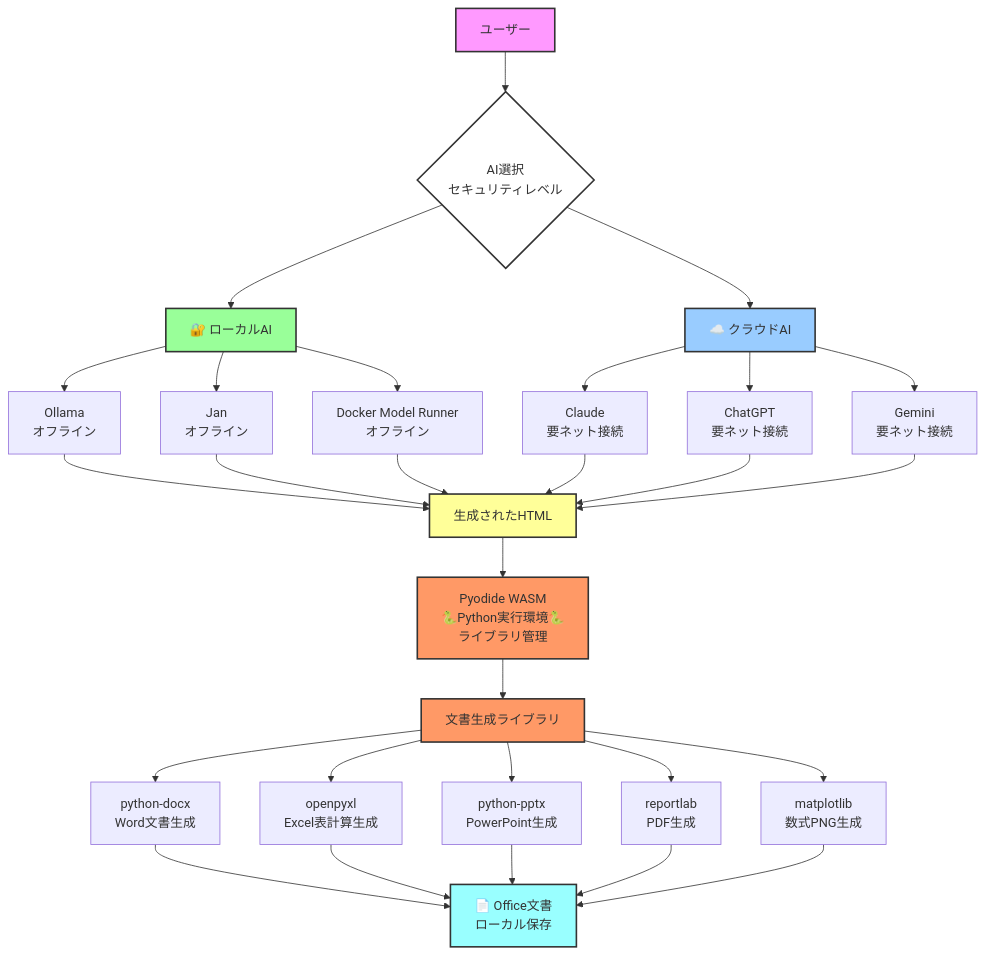
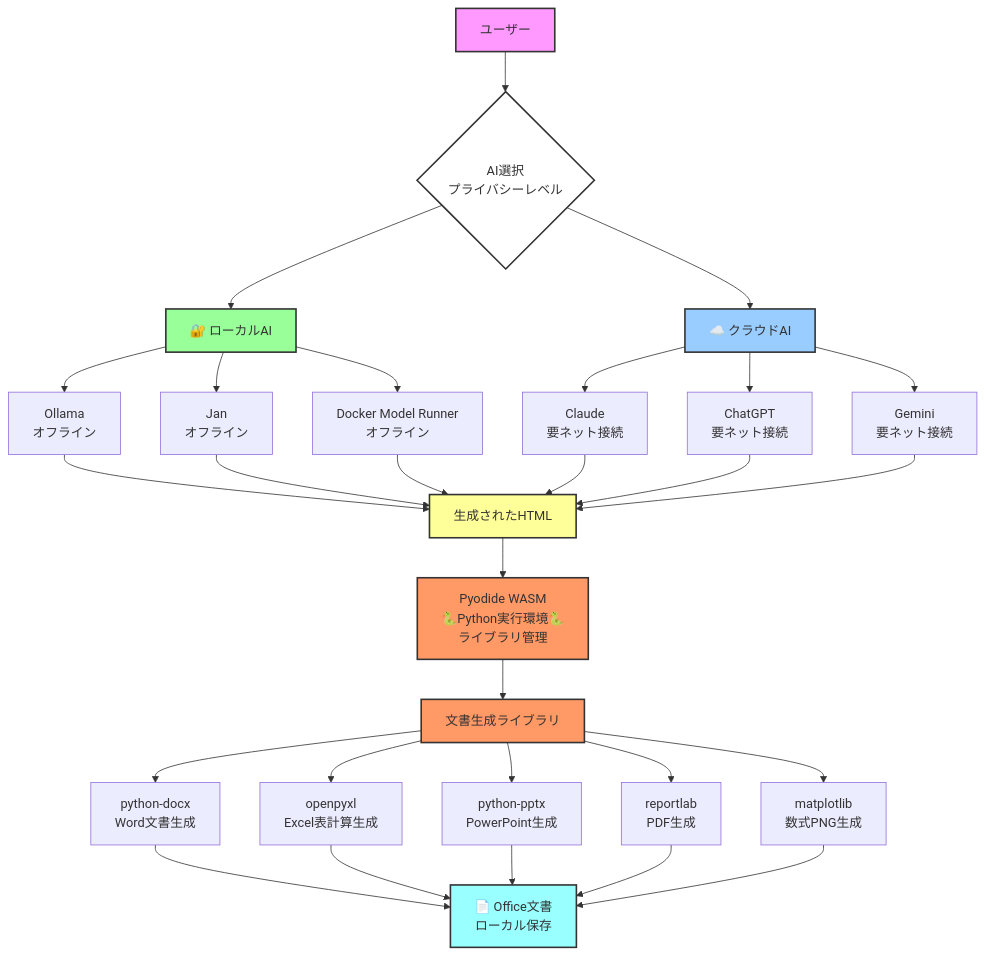
The second of 2 diagrams in README.md (HarmoniaEpic/text-to-officefile-or-wasmapp-recipes), drawn with Mermaid before and after one commit. The commit also changed other lines of this file, not shown here.

````diff
--- a/README.md
+++ b/README.md
@@ -320,46 +320,46 @@
 ```mermaid
 flowchart TD
-    A[ユーザー] --> B{AI選択<br/>セキュリティレベル}
+    A[ユーザー] --> B{AI選択<br/>プライバシーレベル}
     
     B --> C[🔐 ローカルAI]
     B --> D[☁️ クラウドAI]
     
     C --> C1[Ollama<br/>オフライン]
     C --> C2[Jan<br/>オフライン]
     C --> C3[Docker Model Runner<br/>オフライン]
     
     D --> D1[Claude<br/>要ネット接続]
     D --> D2[ChatGPT<br/>要ネット接続]
     D --> D3[Gemini<br/>要ネット接続]
     
     C1 --> E[生成されたHTML]
     C2 --> E
     C3 --> E
     D1 --> E
     D2 --> E
     D3 --> E
     
     E --> F[Pyodide WASM<br/>🐍Python実行環境🐍<br/>ライブラリ管理]
     F --> G[文書生成ライブラリ]
     
     G --> G1[python-docx<br/>Word文書生成]
     G --> G2[openpyxl<br/>Excel表計算生成]
     G --> G3[python-pptx<br/>PowerPoint生成]
     G --> G4[reportlab<br/>PDF生成]
     G --> G5[matplotlib<br/>数式PNG生成]
     
     G1 --> H[📄 Office文書<br/>ローカル保存]
     G2 --> H
     G3 --> H
     G4 --> H
     G5 --> H
     
     style A fill:#f9f,stroke:#333,stroke-width:2px
     style B fill:#fff,stroke:#333,stroke-width:2px
     style C fill:#9f9,stroke:#333,stroke-width:2px
     style D fill:#9cf,stroke:#333,stroke-width:2px
     style E fill:#ff9,stroke:#333,stroke-width:2px
     style F fill:#f96,stroke:#333,stroke-width:2px
     style G fill:#f96,stroke:#333,stroke-width:2px
     style H fill:#9ff,stroke:#333,stroke-width:2px
 ```
````
